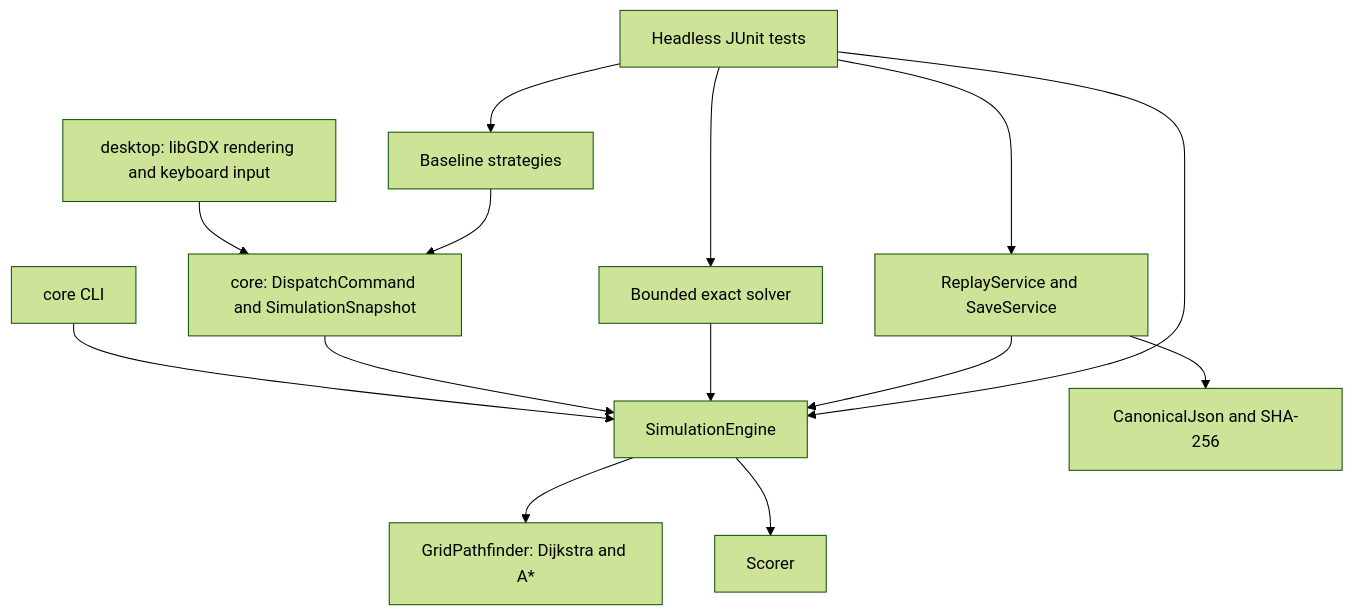
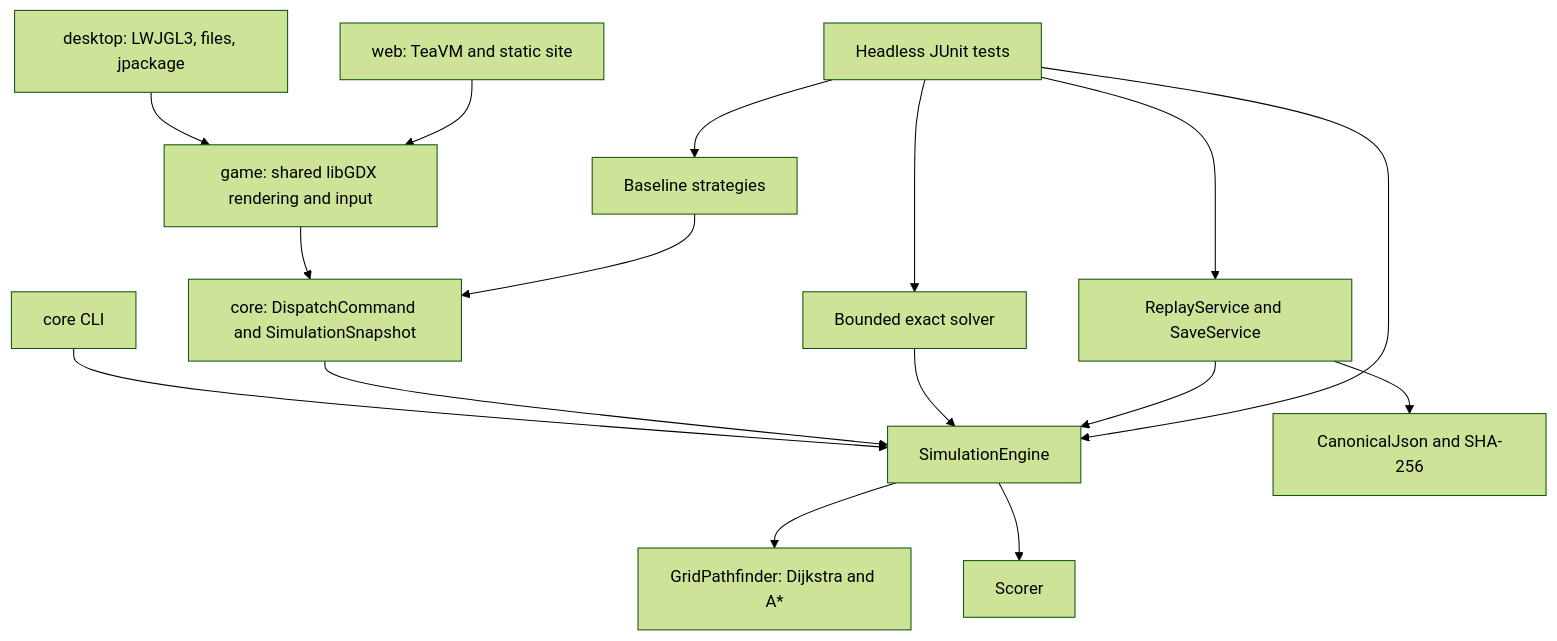
One commit to b2ty9t7yhz-source/depotreplay changed the first of 2 diagrams in docs/architecture.md. Above: the diagram before and after it, drawn with Mermaid (forest theme). The commit also changed other lines of this file and 34 other files, not shown here.

````diff
--- a/docs/architecture.md
+++ b/docs/architecture.md
@@ -9,16 +9,18 @@
 ```mermaid
 flowchart TD
-    UI["desktop: libGDX rendering and keyboard input"] --> API["core: DispatchCommand and SimulationSnapshot"]
+    DESKTOP["desktop: LWJGL3, files, jpackage"] --> UI["game: shared libGDX rendering and input"]
+    WEB["web: TeaVM and static site"] --> UI
+    UI --> API["core: DispatchCommand and SimulationSnapshot"]
     CLI["core CLI"] --> ENGINE["SimulationEngine"]
     API --> ENGINE
     STRATEGY["Baseline strategies"] --> API
     EXACT["Bounded exact solver"] --> ENGINE
     ENGINE --> PATH["GridPathfinder: Dijkstra and A*"]
     ENGINE --> SCORE["Scorer"]
     REPLAY["ReplayService and SaveService"] --> ENGINE
     REPLAY --> CANON["CanonicalJson and SHA-256"]
     TESTS["Headless JUnit tests"] --> ENGINE
     TESTS --> STRATEGY
     TESTS --> EXACT
     TESTS --> REPLAY
 ```
````
